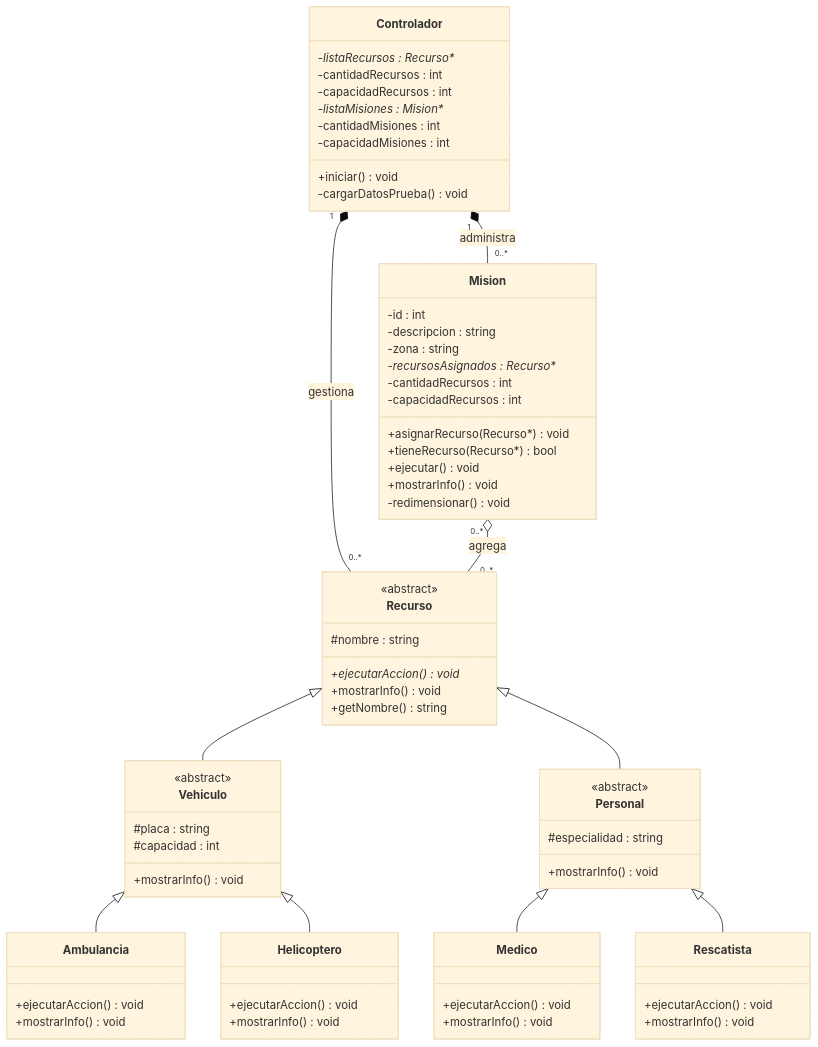
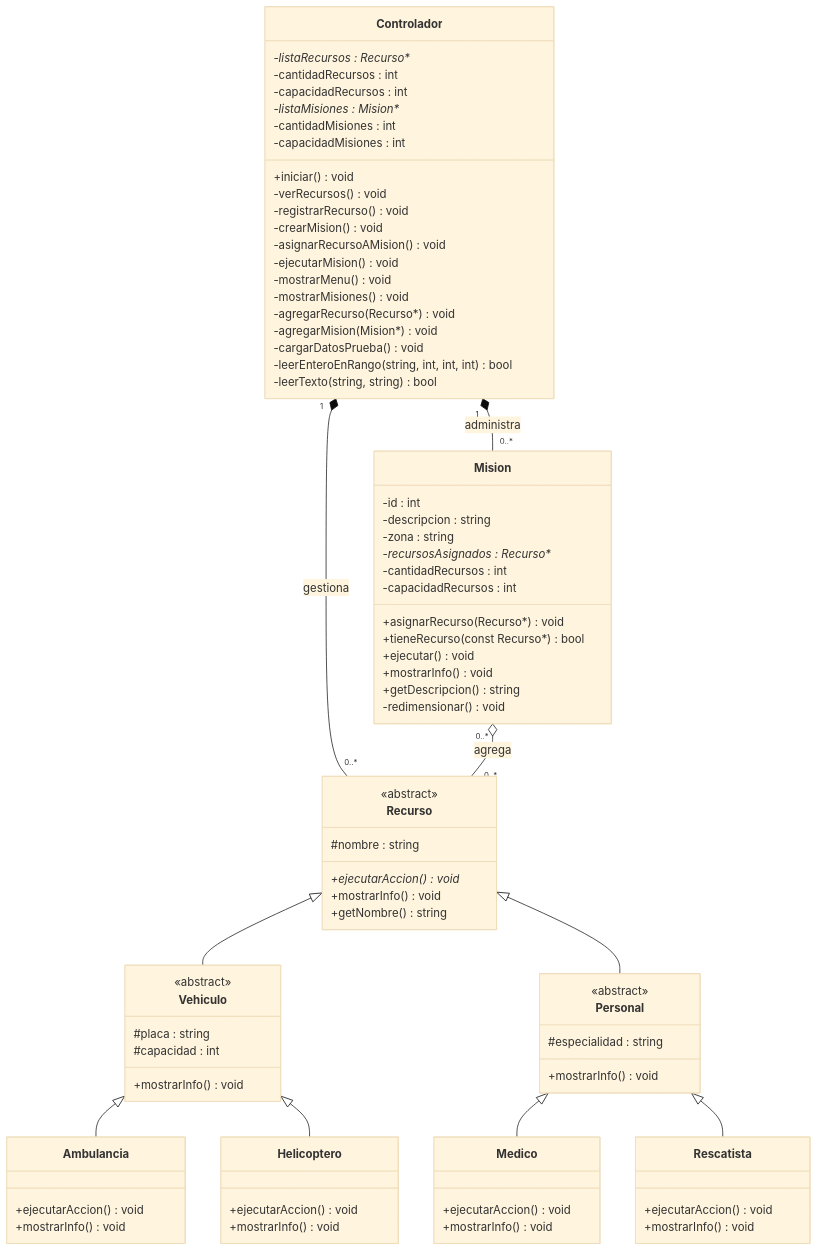
Before and after one commit to juanojedasilva-sudo/Parcial2: the diagram in README.md, drawn with Mermaid (base theme). The commit also changed other lines of this file and 5 other files, not shown here.

Commit message:
Ajustes tras revision adversarial: Mision y Controlador no copiables (= delete), leerTexto rechaza texto en blanco, Mermaid del README completado y notas en el UML

````diff
--- a/README.md
+++ b/README.md
@@ -127,69 +129,81 @@
 ```mermaid
 classDiagram
     class Recurso {
         <<abstract>>
         #nombre : string
         +ejecutarAccion()* void
         +mostrarInfo() void
         +getNombre() string
     }
     class Vehiculo {
         <<abstract>>
         #placa : string
         #capacidad : int
         +mostrarInfo() void
     }
     class Personal {
         <<abstract>>
         #especialidad : string
         +mostrarInfo() void
     }
     class Ambulancia {
         +ejecutarAccion() void
         +mostrarInfo() void
     }
     class Helicoptero {
         +ejecutarAccion() void
         +mostrarInfo() void
     }
     class Medico {
         +ejecutarAccion() void
         +mostrarInfo() void
     }
     class Rescatista {
         +ejecutarAccion() void
         +mostrarInfo() void
     }
     class Mision {
         -id : int
         -descripcion : string
         -zona : string
         -recursosAsignados : Recurso**
         -cantidadRecursos : int
         -capacidadRecursos : int
         +asignarRecurso(Recurso*) void
-        +tieneRecurso(Recurso*) bool
+        +tieneRecurso(const Recurso*) bool
         +ejecutar() void
         +mostrarInfo() void
+        +getDescripcion() string
         -redimensionar() void
     }
     class Controlador {
         -listaRecursos : Recurso**
         -cantidadRecursos : int
         -capacidadRecursos : int
         -listaMisiones : Mision**
         -cantidadMisiones : int
         -capacidadMisiones : int
         +iniciar() void
+        -verRecursos() void
+        -registrarRecurso() void
+        -crearMision() void
+        -asignarRecursoAMision() void
+        -ejecutarMision() void
+        -mostrarMenu() void
+        -mostrarMisiones() void
+        -agregarRecurso(Recurso*) void
+        -agregarMision(Mision*) void
         -cargarDatosPrueba() void
+        -leerEnteroEnRango(string, int, int, int) bool
+        -leerTexto(string, string) bool
     }
     Recurso <|-- Vehiculo
     Recurso <|-- Personal
     Vehiculo <|-- Ambulancia
     Vehiculo <|-- Helicoptero
     Personal <|-- Medico
     Personal <|-- Rescatista
     Controlador "1" *-- "0..*" Recurso : gestiona
     Controlador "1" *-- "0..*" Mision : administra
     Mision "0..*" o-- "0..*" Recurso : agrega
 ```
````
